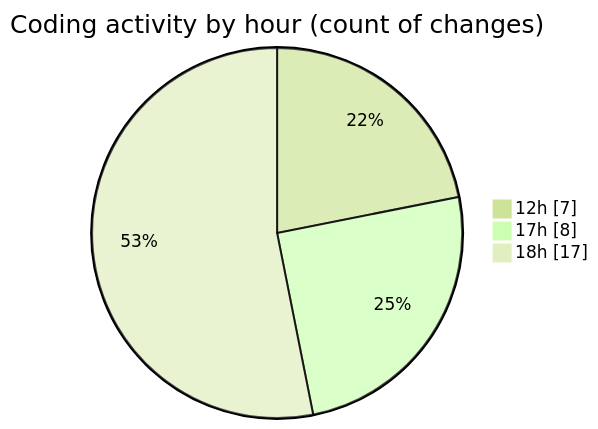
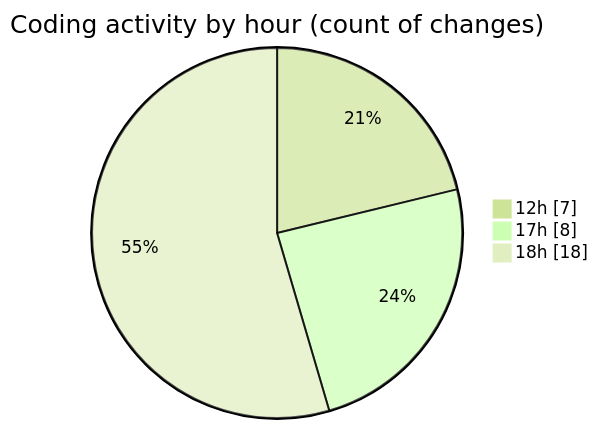
The second of 2 diagrams in 2025-07-24/nxtqube_webapp/README.md (nxtqubesakshisongat/code-tracking), drawn with Mermaid (forest theme) before and after one commit. The commit also changed other lines of this file and 1 other file, not shown here.

````diff
--- a/2025-07-24/nxtqube_webapp/README.md
+++ b/2025-07-24/nxtqube_webapp/README.md
@@ -35,7 +36,7 @@
 ```mermaid
 pie showData
 title Coding activity by hour (count of changes)
 "12h" : 7
 "17h" : 8
-"18h" : 17
+"18h" : 18
 ```
````
